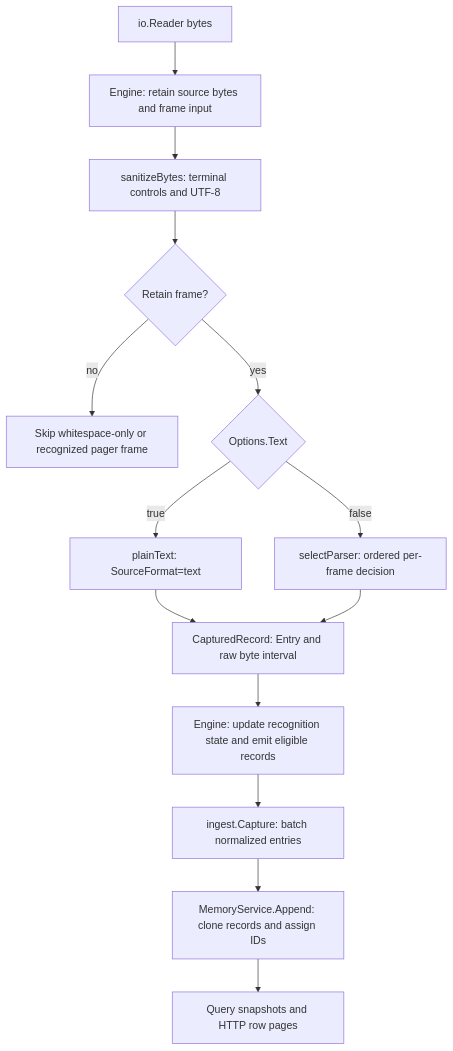
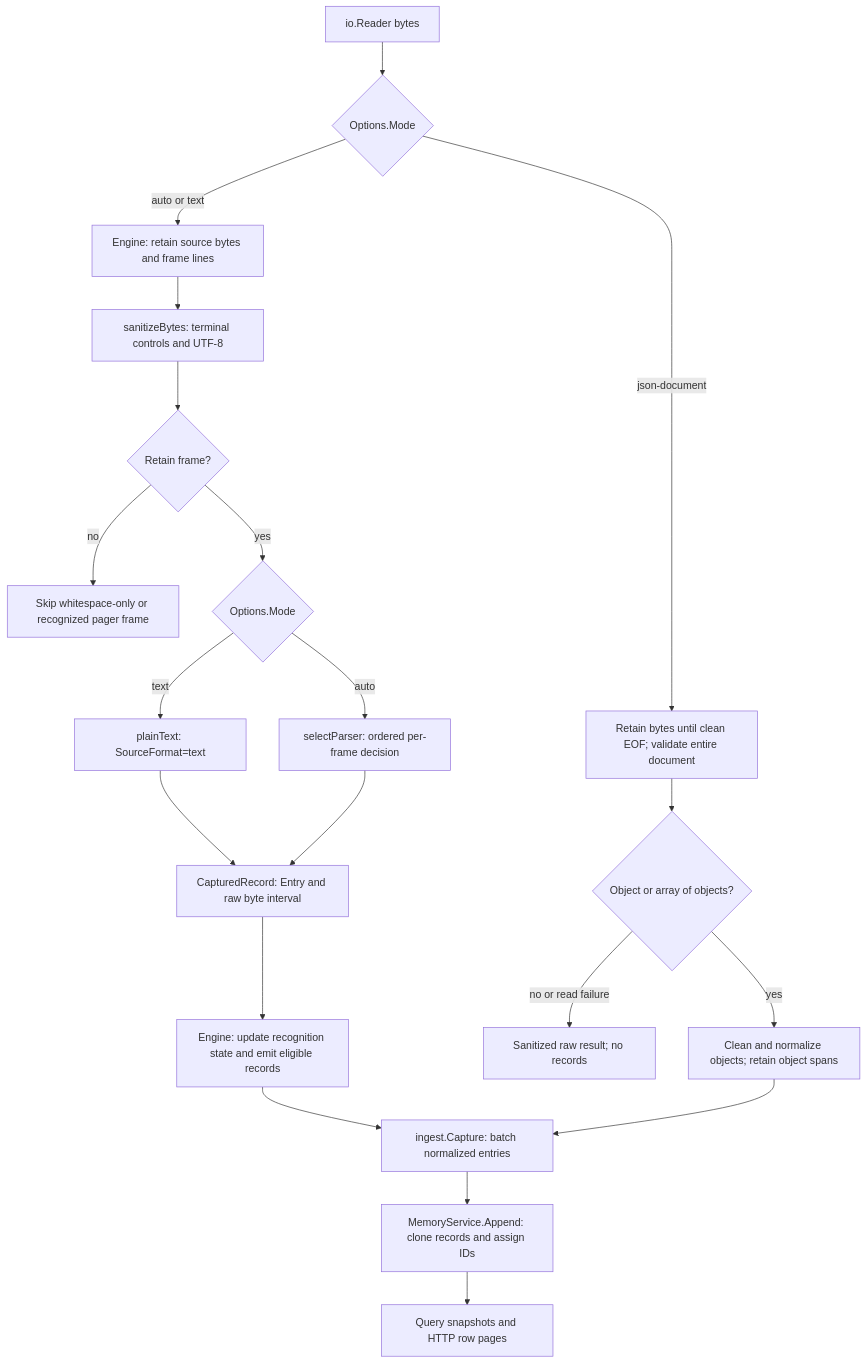
One commit to jpetroff/streamline changed the first of 4 diagrams in .memory/parser.md. Above: the diagram before and after it, drawn with Mermaid. The commit also changed other lines of this file and 32 other files, not shown here.

````diff
--- a/.memory/parser.md
+++ b/.memory/parser.md
@@ -77,16 +111,22 @@
 ```mermaid
 flowchart TD
-  Reader["io.Reader bytes"] --> Frame["Engine: retain source bytes and frame input"]
+  Reader["io.Reader bytes"] --> Framing{"Options.Mode"}
+  Framing -->|"auto or text"| Frame["Engine: retain source bytes and frame lines"]
+  Framing -->|"json-document"| Document["Retain bytes until clean EOF; validate entire document"]
+  Document --> Valid{"Object or array of objects?"}
+  Valid -->|"no or read failure"| Raw["Sanitized raw result; no records"]
+  Valid -->|"yes"| Objects["Clean and normalize objects; retain object spans"]
+  Objects --> Batch
   Frame --> Clean["sanitizeBytes: terminal controls and UTF-8"]
   Clean --> Retain{"Retain frame?"}
   Retain -->|"no"| Skip["Skip whitespace-only or recognized pager frame"]
-  Retain -->|"yes"| Mode{"Options.Text"}
-  Mode -->|"true"| Literal["plainText: SourceFormat=text"]
-  Mode -->|"false"| Selector["selectParser: ordered per-frame decision"]
+  Retain -->|"yes"| Mode{"Options.Mode"}
+  Mode -->|"text"| Literal["plainText: SourceFormat=text"]
+  Mode -->|"auto"| Selector["selectParser: ordered per-frame decision"]
   Literal --> Capture["CapturedRecord: Entry and raw byte interval"]
   Selector --> Capture
   Capture --> Gate["Engine: update recognition state and emit eligible records"]
   Gate --> Batch["ingest.Capture: batch normalized entries"]
   Batch --> Query["MemoryService.Append: clone records and assign IDs"]
   Query --> HTTP["Query snapshots and HTTP row pages"]
 ```
````
